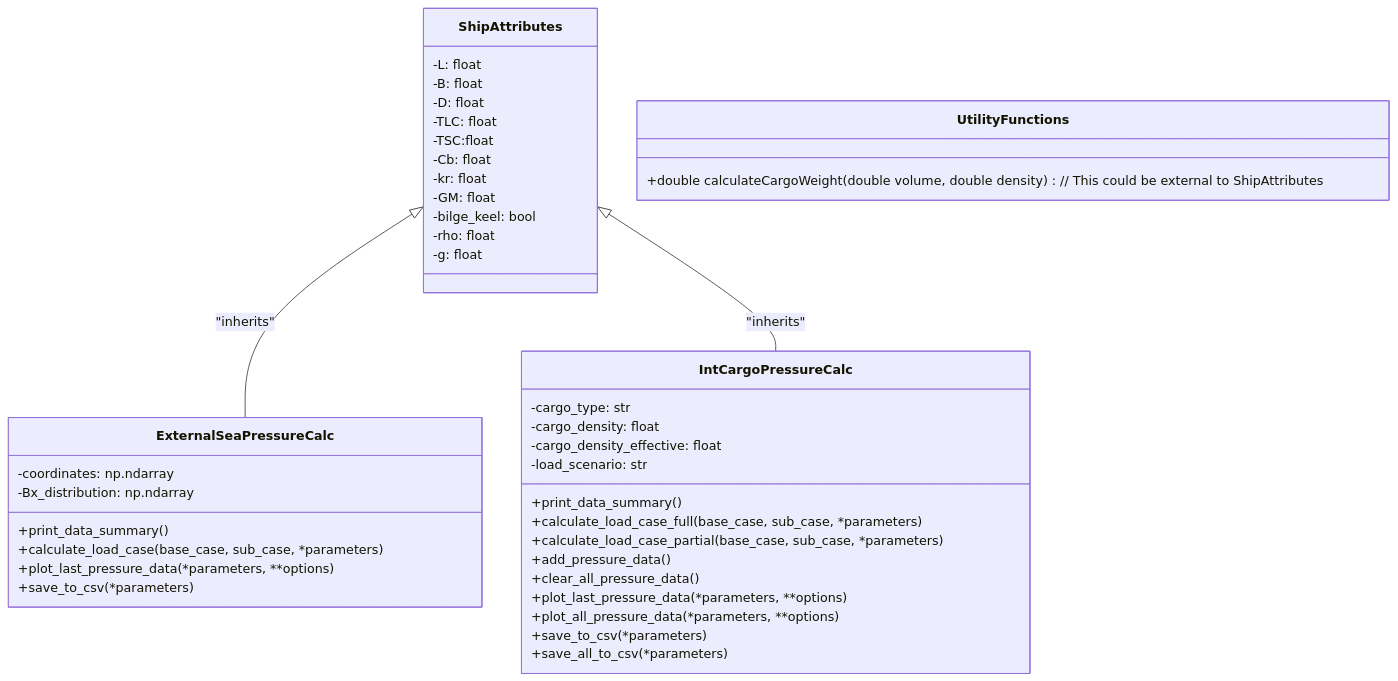
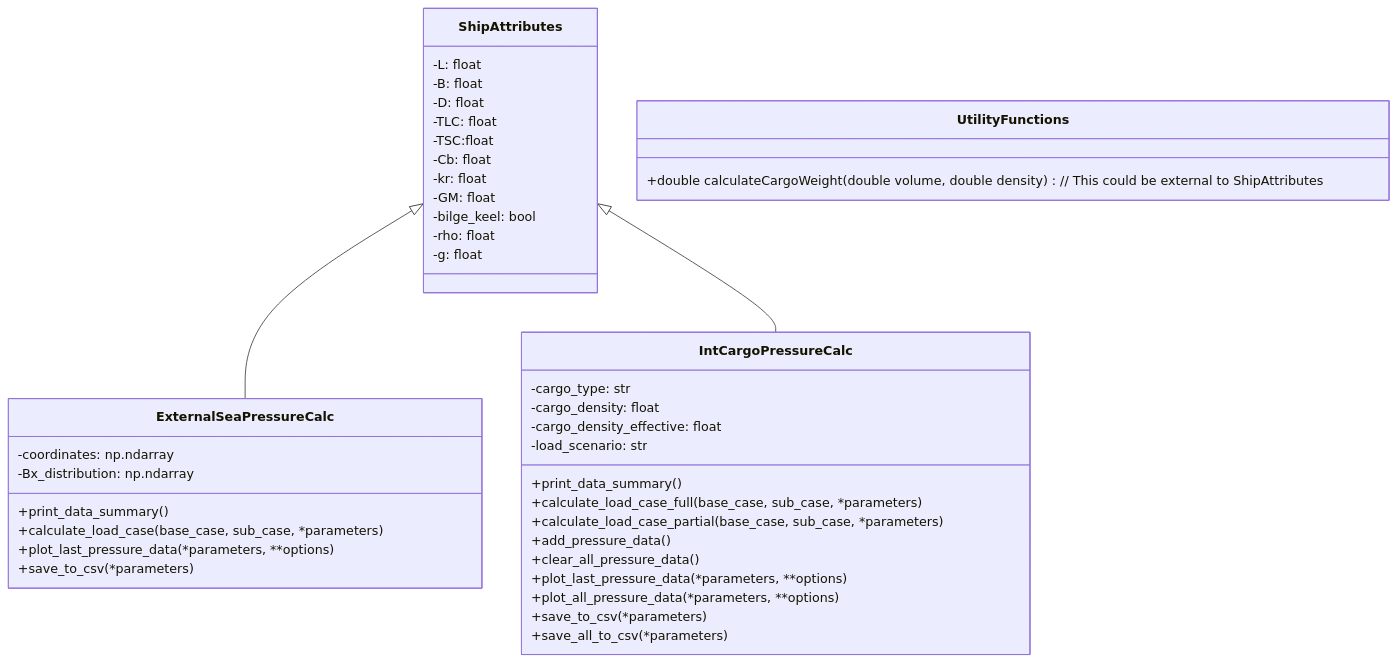
One commit to Lalis98/PRESim changed the diagram in README.md. Above: the diagram before and after it, drawn with Mermaid.

````diff
--- a/README.md
+++ b/README.md
@@ -15,51 +15,51 @@
 ```mermaid
 classDiagram
     class ShipAttributes {
         -L: float
         -B: float
         -D: float
         -TLC: float
         -TSC:float
         -Cb: float
         -kr: float
         -GM: float
         -bilge_keel: bool
         -rho: float
         -g: float
     }
 
     class ExternalSeaPressureCalc {
         -coordinates: np.ndarray
         -Bx_distribution: np.ndarray
         +print_data_summary()
         +calculate_load_case(base_case, sub_case, *parameters)
         +plot_last_pressure_data(*parameters, **options)
         +save_to_csv(*parameters)
     }
 
     class IntCargoPressureCalc {
         -cargo_type: str
         -cargo_density: float
         -cargo_density_effective: float
         -load_scenario: str
         +print_data_summary()
         +calculate_load_case_full(base_case, sub_case, *parameters)
         +calculate_load_case_partial(base_case, sub_case, *parameters)
         +add_pressure_data()
         +clear_all_pressure_data()
         +plot_last_pressure_data(*parameters, **options)
         +plot_all_pressure_data(*parameters, **options)
         +save_to_csv(*parameters)
         +save_all_to_csv(*parameters)
     }
     
     class UtilityFunctions {
         +double calculateCargoWeight(double volume, double density)  // This could be external to ShipAttributes
     }
 
-    ShipAttributes <|-- ExternalSeaPressureCalc : "inherits"
-    ShipAttributes <|-- IntCargoPressureCalc : "inherits"
+    ShipAttributes <|-- ExternalSeaPressureCalc
+    ShipAttributes <|-- IntCargoPressureCalc
     
     
 
 ```
````
